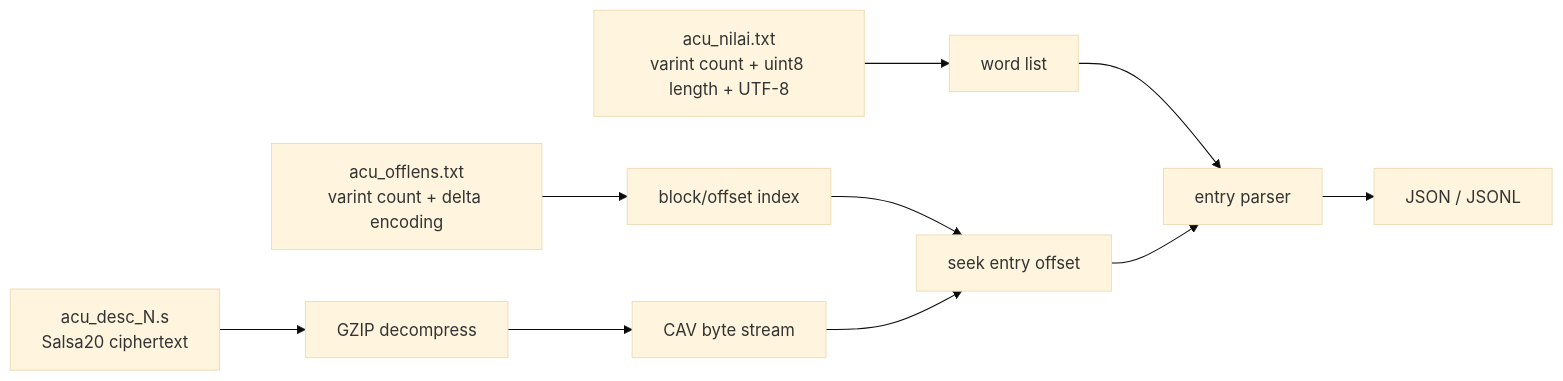
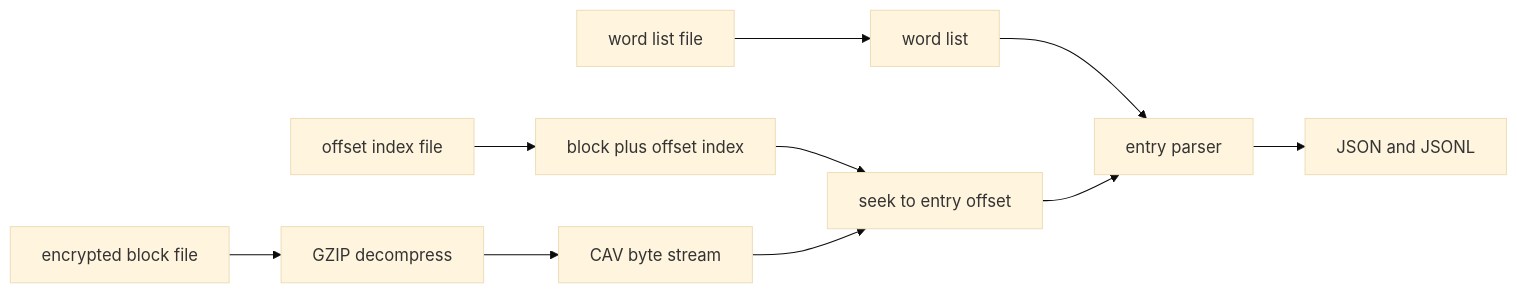
One commit to kadekutama/kbbi changed the diagram in docs/diagrams/04-file-format.mmd. Above: the diagram before and after it, drawn with Mermaid (base theme). The commit also changed 13 other files, not shown here.

Commit message:
docs: public-release pass (MIT license, README, diagrams, extraction guide)

```diff
--- a/docs/diagrams/04-file-format.mmd
+++ b/docs/diagrams/04-file-format.mmd
@@ -1,10 +1,10 @@
 flowchart LR
-    A["acu_nilai.txt<br/>varint count + uint8 length + UTF-8"] --> W["word list"]
-    B["acu_offlens.txt<br/>varint count + delta encoding"] --> O["block/offset index"]
-    C["acu_desc_N.s<br/>Salsa20 ciphertext"] --> D["GZIP decompress"]
+    A["word list file"] --> W["word list"]
+    B["offset index file"] --> O["block plus offset index"]
+    C["encrypted block file"] --> D["GZIP decompress"]
     D --> E["CAV byte stream"]
-    O --> F["seek entry offset"]
+    O --> F["seek to entry offset"]
     E --> F
     W --> P["entry parser"]
     F --> P
-    P --> J["JSON / JSONL"]
+    P --> J["JSON and JSONL"]
```
